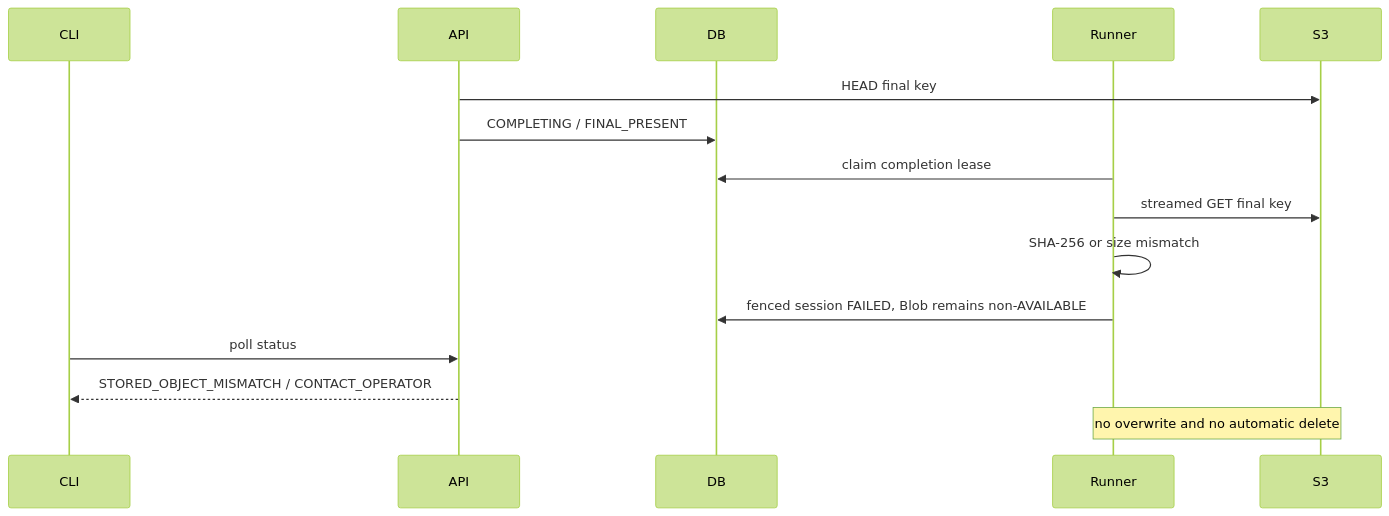
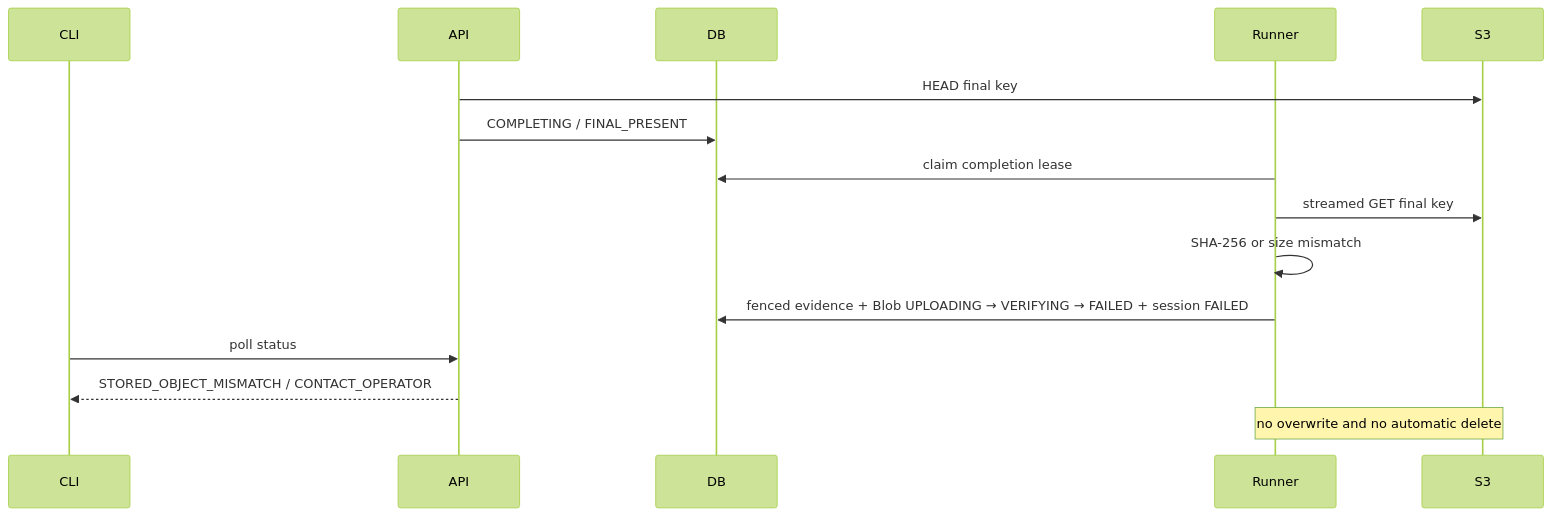
One commit to zbnerd/RoboLake changed the tenth of 10 diagrams in docs/M2_MULTIPART_ARCHITECTURE.md. Above: the diagram before and after it, drawn with Mermaid (forest theme). The commit also changed other lines of this file and 14 other files, not shown here.

````diff
--- a/docs/M2_MULTIPART_ARCHITECTURE.md
+++ b/docs/M2_MULTIPART_ARCHITECTURE.md
@@ -531,17 +581,17 @@
 ```mermaid
 sequenceDiagram
     participant CLI
     participant API
     participant DB
     participant Runner
     participant S3
     API->>S3: HEAD final key
     API->>DB: COMPLETING / FINAL_PRESENT
     Runner->>DB: claim completion lease
     Runner->>S3: streamed GET final key
     Runner->>Runner: SHA-256 or size mismatch
-    Runner->>DB: fenced session FAILED, Blob remains non-AVAILABLE
+    Runner->>DB: fenced evidence + Blob UPLOADING → VERIFYING → FAILED + session FAILED
     CLI->>API: poll status
     API-->>CLI: STORED_OBJECT_MISMATCH / CONTACT_OPERATOR
     Note over Runner,S3: no overwrite and no automatic delete
 ```
````
